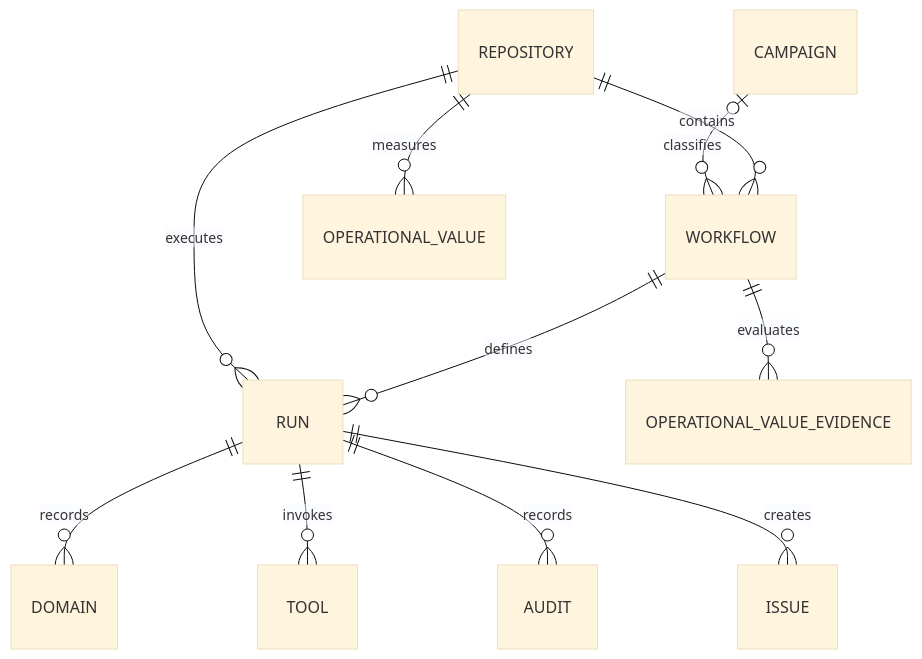
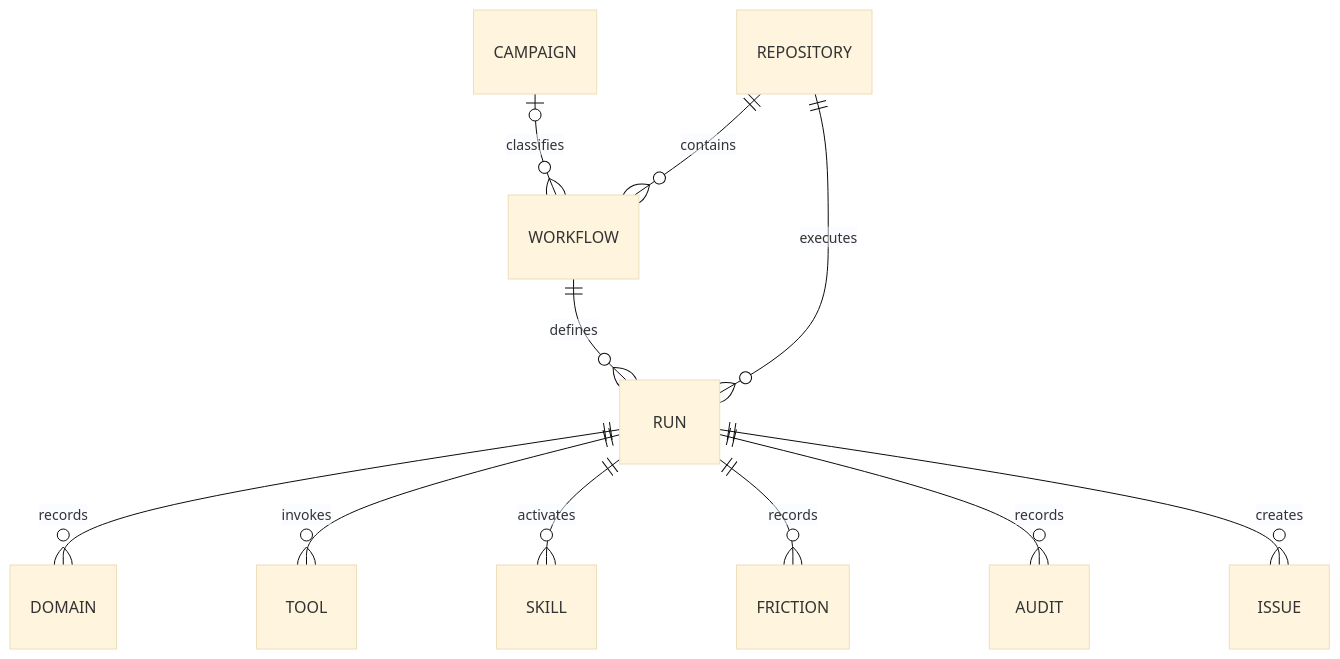
One commit to bradygaster/gh-aw-cao changed the diagram in docs/dashboard-data-model.md. Above: the diagram before and after it, drawn with Mermaid (base theme). The commit also changed other lines of this file and 95 other files, not shown here.

````diff
--- a/docs/dashboard-data-model.md
+++ b/docs/dashboard-data-model.md
@@ -23,13 +23,15 @@
 ```mermaid
 erDiagram
+  accTitle: Canonical execution lineage
+  accDescr: Repositories contain workflows and execute runs. Campaign membership is optional. Each run owns Domain, Tool, Skill, Friction, Audit and Issue records. This map is an execution-lineage subset, not the complete schema.
   CAMPAIGN o|--o{ WORKFLOW : classifies
   REPOSITORY ||--o{ WORKFLOW : contains
   REPOSITORY ||--o{ RUN : executes
-  REPOSITORY ||--o{ OPERATIONAL_VALUE : measures
   WORKFLOW ||--o{ RUN : defines
-  WORKFLOW ||--o{ OPERATIONAL_VALUE_EVIDENCE : evaluates
   RUN ||--o{ DOMAIN : records
   RUN ||--o{ TOOL : invokes
+  RUN ||--o{ SKILL : activates
+  RUN ||--o{ FRICTION : records
   RUN ||--o{ AUDIT : records
   RUN ||--o{ ISSUE : creates
 ```
````
